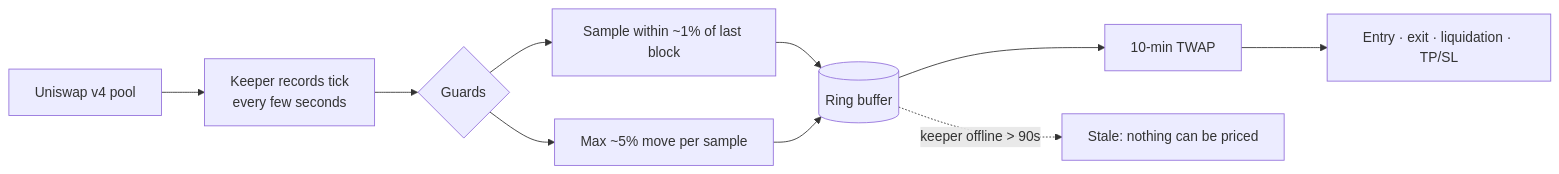
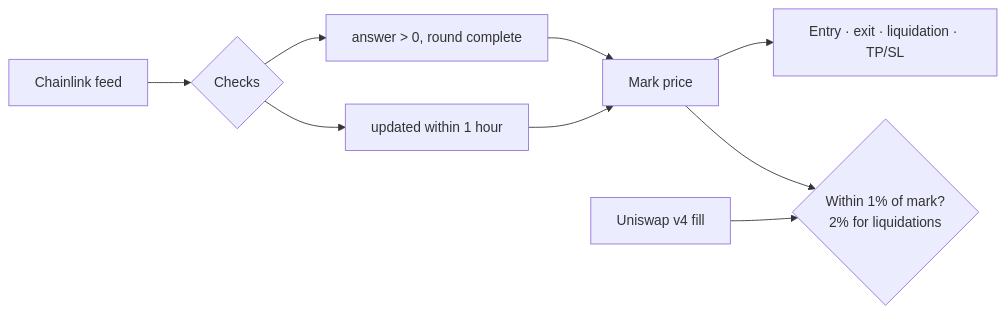
One commit to Niraj-Kamdar/decentralised-prop-trading changed the fourth of 10 diagrams in README.md. Above: the diagram before and after it, drawn with Mermaid. The commit also changed other lines of this file and 4 other files, not shown here.

````diff
--- a/README.md
+++ b/README.md
@@ -98,11 +114,10 @@
 ```mermaid
 flowchart LR
-    P[Uniswap v4 pool] --> K[Keeper records tick<br/>every few seconds]
-    K --> G{Guards}
-    G --> G1[Sample within ~1% of last block]
-    G --> G2[Max ~5% move per sample]
-    G1 & G2 --> B[(Ring buffer)]
-    B --> T[10-min TWAP]
-    T --> D[Entry · exit · liquidation · TP/SL]
-    B -. "keeper offline > 90s" .-> S[Stale: nothing can be priced]
+    F[Chainlink feed] --> G{Checks}
+    G --> G1[answer > 0, round complete]
+    G --> G2[updated within 1 hour]
+    G1 & G2 --> M[Mark price]
+    M --> D[Entry · exit · liquidation · TP/SL]
+    U[Uniswap v4 fill] --> C{Within 1% of mark?<br/>2% for liquidations}
+    M --> C
 ```
````
